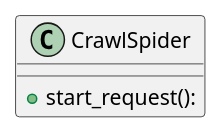
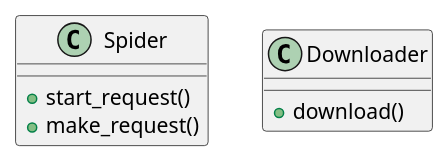
One commit to crawlerstack/crawlerstack-proxypool changed the diagram in docs/uml/design.puml. Above: the diagram before and after it, drawn with PlantUML. The commit also changed 53 other files, not shown here.

```diff
--- a/docs/uml/design.puml
+++ b/docs/uml/design.puml
@@ -1,10 +1,15 @@
 @startuml
 'https://plantuml.com/class-diagram
 
-class CrawlSpider {
+class Spider {
+    + start_request()
+    + make_request()
+}
 
-    + start_request():
+class Downloader {
+
+    + download()
 }
 
 
 @enduml
```
